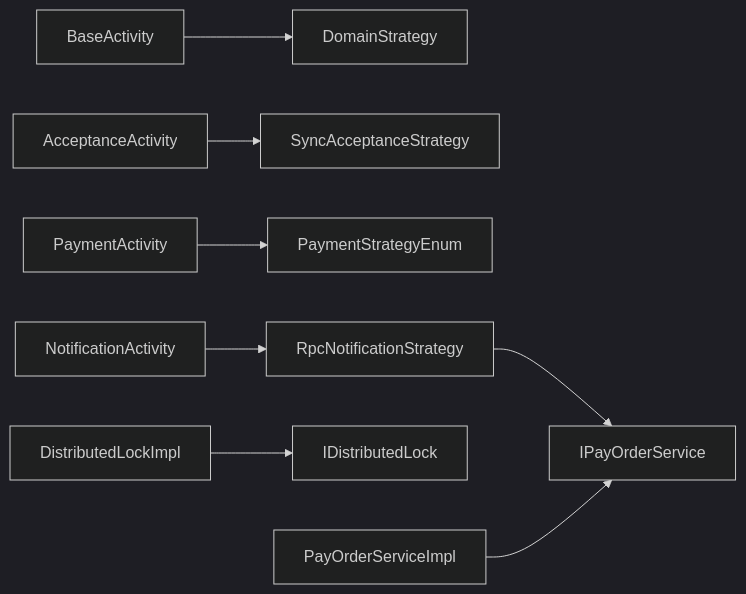
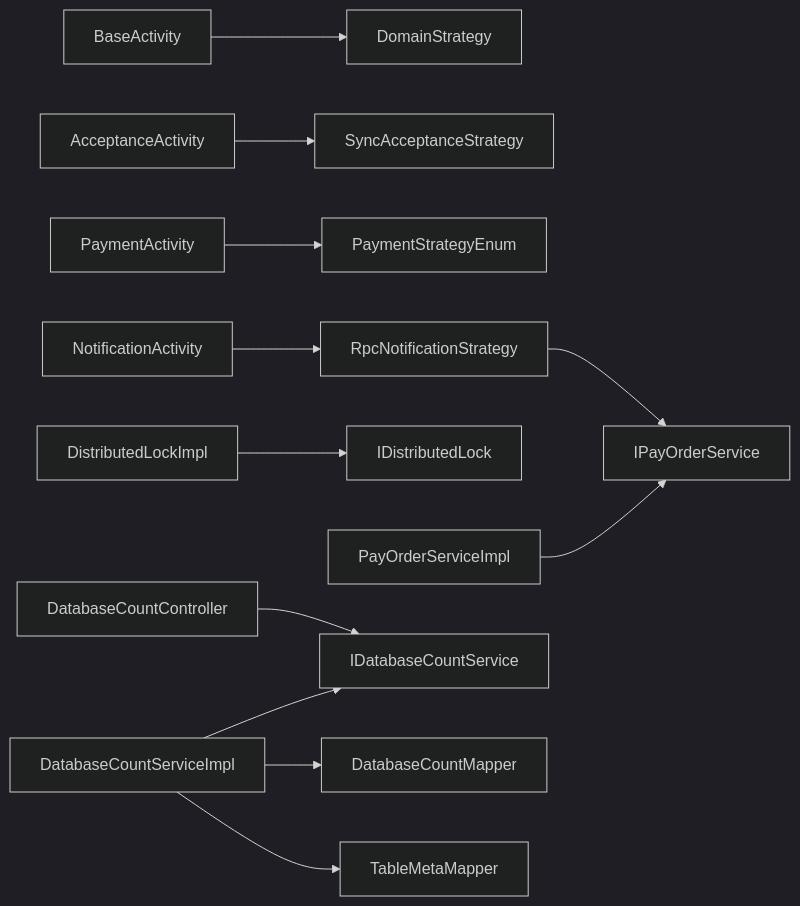
The eighth of 8 diagrams in .qoder/repowiki/zh/content/核心模块详解/核心服务层/核心服务层.md (magicliang/domain-driven-transaction-sys), drawn with Mermaid (dark theme) before and after one commit. The commit also changed other lines of this file and 37 other files, not shown here.

````diff
--- a/.qoder/repowiki/zh/content/核心模块详解/核心服务层/核心服务层.md
+++ b/.qoder/repowiki/zh/content/核心模块详解/核心服务层/核心服务层.md
@@ -337,10 +435,14 @@
 ```mermaid
 graph LR
 BaseActivity --> DomainStrategy
 AcceptanceActivity --> SyncAcceptanceStrategy
 PaymentActivity --> PaymentStrategyEnum
 NotificationActivity --> RpcNotificationStrategy
 RpcNotificationStrategy --> IPayOrderService
 DistributedLockImpl --> IDistributedLock
 PayOrderServiceImpl --> IPayOrderService
+DatabaseCountServiceImpl --> IDatabaseCountService
+DatabaseCountServiceImpl --> DatabaseCountMapper
+DatabaseCountServiceImpl --> TableMetaMapper
+DatabaseCountController --> IDatabaseCountService
 ```
````
